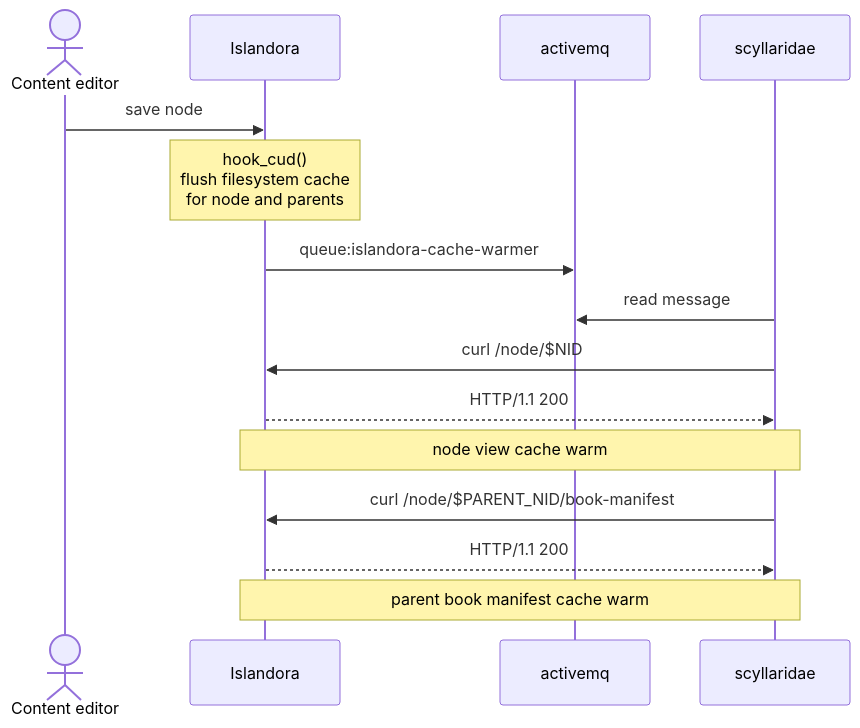
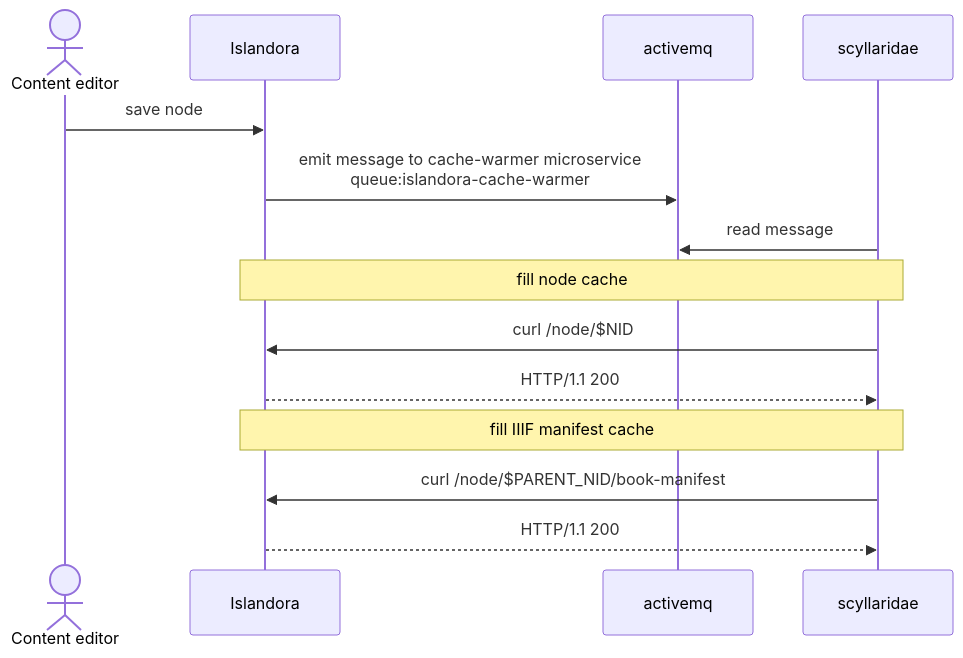
Before and after one commit to Islandora/scyllaridae: the second of 2 diagrams in examples/cache-warmer/README.md, drawn with Mermaid. The commit also changed other lines of this file, not shown here.

````diff
--- a/examples/cache-warmer/README.md
+++ b/examples/cache-warmer/README.md
@@ -65,15 +44,13 @@
 ```mermaid
 sequenceDiagram
     actor Content editor
     Content editor->>Islandora: save node
-    note over Islandora: hook_cud()<br>flush filesystem cache<br>for node and parents
-    Islandora->>activemq: queue:islandora-cache-warmer
+    Islandora->>activemq: emit message to cache-warmer microservice<br>queue:islandora-cache-warmer
     scyllaridae->>activemq: read message
+    note over scyllaridae,Islandora: fill node cache
     scyllaridae->>Islandora: curl /node/$NID
     Islandora-->>scyllaridae: HTTP/1.1 200
-    note over scyllaridae,Islandora: node view cache warm
+    note over scyllaridae,Islandora: fill IIIF manifest cache
     scyllaridae->>Islandora: curl /node/$PARENT_NID/book-manifest
     Islandora-->>scyllaridae: HTTP/1.1 200
-   note over scyllaridae,Islandora: parent book manifest cache warm
-
 ```
````
